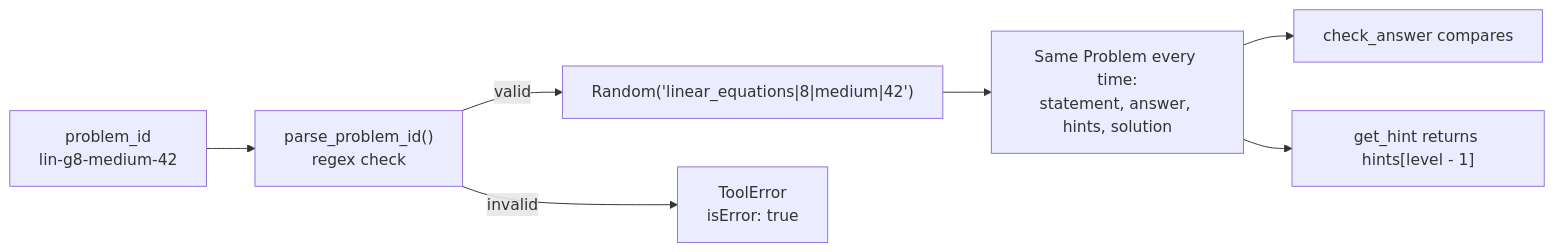
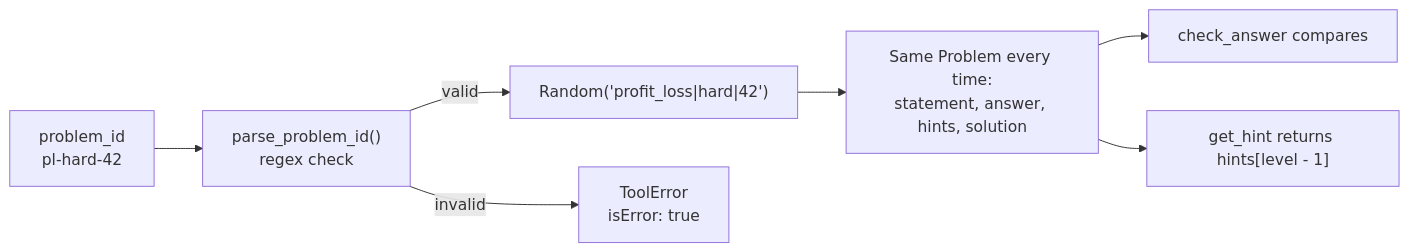
Before and after one commit to Creator-hub24/edumaths360-mcp-docs: the third of 3 diagrams in docs-site/docs/explanation/architecture.md, drawn with Mermaid. The commit also changed other lines of this file and 33 other files, not shown here.

````diff
--- a/docs-site/docs/explanation/architecture.md
+++ b/docs-site/docs/explanation/architecture.md
@@ -89,9 +89,9 @@
 ```mermaid
 flowchart LR
-    ID["problem_id<br/>lin-g8-medium-42"] --> Parse["parse_problem_id()<br/>regex check"]
-    Parse -->|"valid"| Seed["Random('linear_equations|8|medium|42')"]
+    ID["problem_id<br/>pl-hard-42"] --> Parse["parse_problem_id()<br/>regex check"]
+    Parse -->|"valid"| Seed["Random('profit_loss|hard|42')"]
     Parse -->|"invalid"| Err["ToolError<br/>isError: true"]
     Seed --> Problem["Same Problem every time:<br/>statement, answer, hints, solution"]
     Problem --> Check["check_answer compares"]
     Problem --> Hint["get_hint returns hints[level - 1]"]
 ```
````
